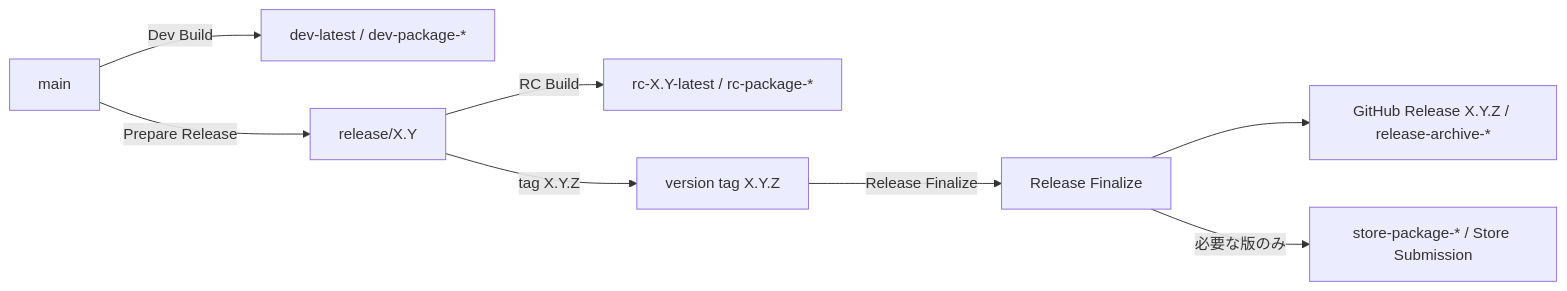
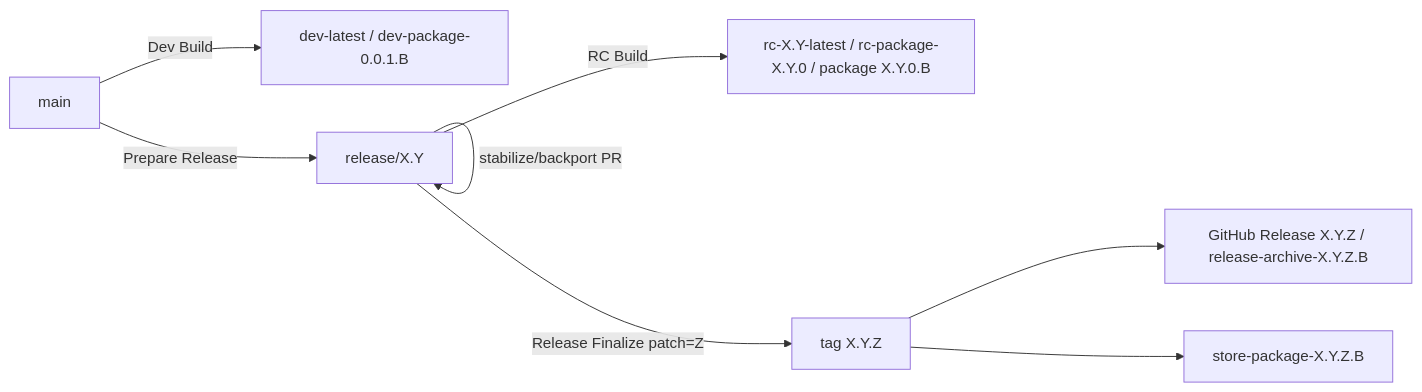
Before and after one commit to tnagata012/ClipSave: the diagram in docs/release/ReleaseProcess.md, drawn with Mermaid. The commit also changed other lines of this file and 35 other files, not shown here.

````diff
--- a/docs/release/ReleaseProcess.md
+++ b/docs/release/ReleaseProcess.md
@@ -30,10 +28,10 @@
 ```mermaid
 flowchart LR
-  main[main] -->|Dev Build| dev[dev-latest / dev-package-*]
+  main[main] -->|Dev Build| dev[dev-latest / dev-package-0.0.1.B]
   main -->|Prepare Release| release[release/X.Y]
-  release -->|RC Build| rc[rc-X.Y-latest / rc-package-*]
-  release -->|tag X.Y.Z| tag[version tag X.Y.Z]
-  tag -->|Release Finalize| finalize[Release Finalize]
-  finalize --> archive[GitHub Release X.Y.Z / release-archive-*]
-  finalize -->|必要な版のみ| store[store-package-* / Store Submission]
+  release -->|RC Build| rc[rc-X.Y-latest / rc-package-X.Y.0 / package X.Y.0.B]
+  release -->|stabilize/backport PR| release
+  release -->|Release Finalize patch=Z| tag[tag X.Y.Z]
+  tag --> archive[GitHub Release X.Y.Z / release-archive-X.Y.Z.B]
+  tag --> store[store-package-X.Y.Z.B]
 ```
````
